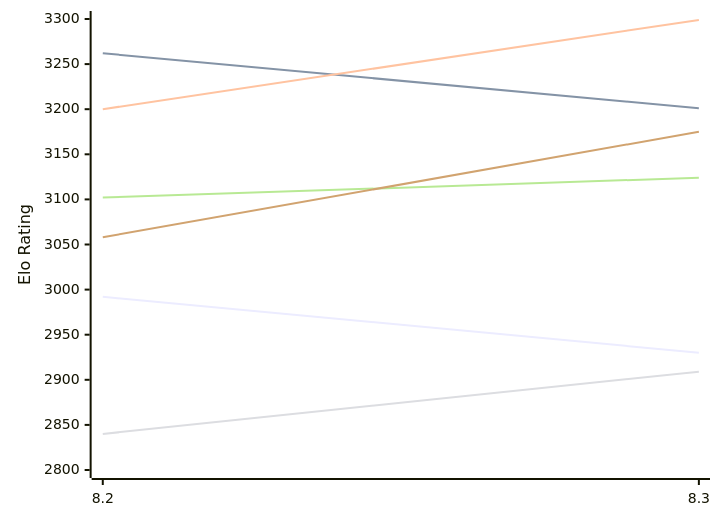
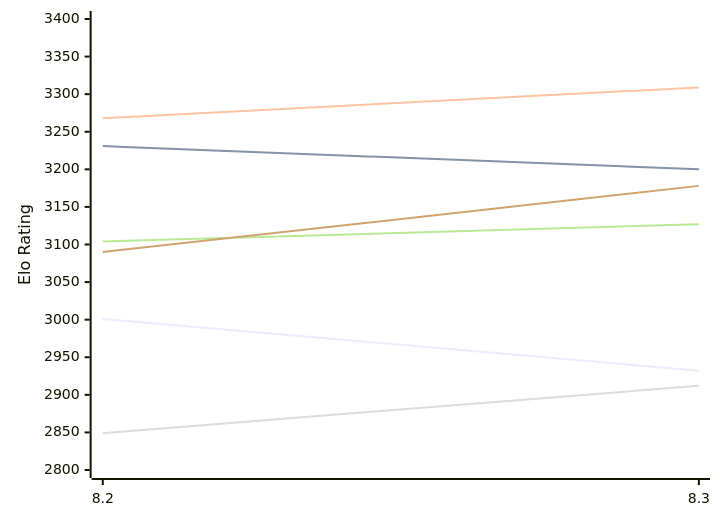
The first of 2 diagrams in engines/Alexander.md (computer-chess-index/cci), drawn with Mermaid before and after one commit. The commit also changed other lines of this file, not shown here.

Commit message:
Update CCI Ratings (ELO VLTC) - 2026-11-17

````diff
--- a/engines/Alexander.md
+++ b/engines/Alexander.md
@@ -52,12 +52,12 @@
 ```mermaid
 %%{init: {"theme":"base","themeVariables":{"seriesColors:['#a3a3a3','#222221','#faa371']}}}%%
 xychart-beta
   x-axis ["8.2", "8.3"]
-  y-axis "Elo Rating" 2800 --> 3300
-  line "E1: STC (8.0+0.08s)" [2992, 2930]
-  line "E1: LTC (60.0+0.60s)" [3262, 3201]
-  line "E1: VLTC (2m24s+1.12s)" [3200, 3299]
-  line "P1: STC (8.0+0.08s)" [2840, 2909]
-  line "P1: LTC (60.0+0.60s)" [3102, 3124]
-  line "P1: VLTC (2m24s+1.12s)" [3058, 3175]
+  y-axis "Elo Rating" 2800 --> 3400
+  line "E1: STC (8.0+0.08s)" [3001, 2932]
+  line "E1: LTC (60.0+0.60s)" [3231, 3200]
+  line "E1: VLTC (2m24s+1.12s)" [3268, 3309]
+  line "P1: STC (8.0+0.08s)" [2849, 2912]
+  line "P1: LTC (60.0+0.60s)" [3104, 3127]
+  line "P1: VLTC (2m24s+1.12s)" [3090, 3178]
 ```
````
